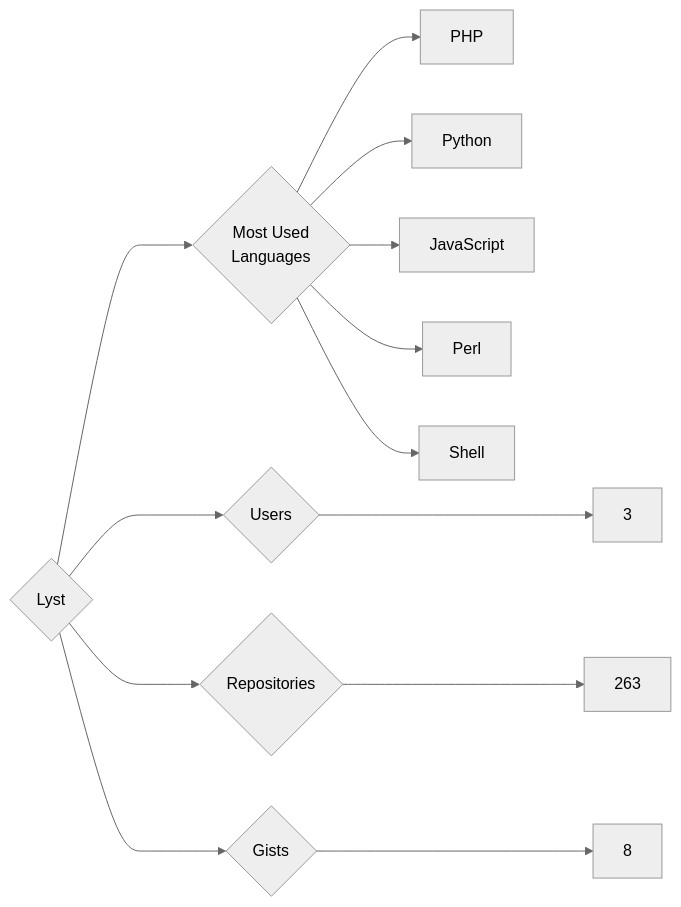
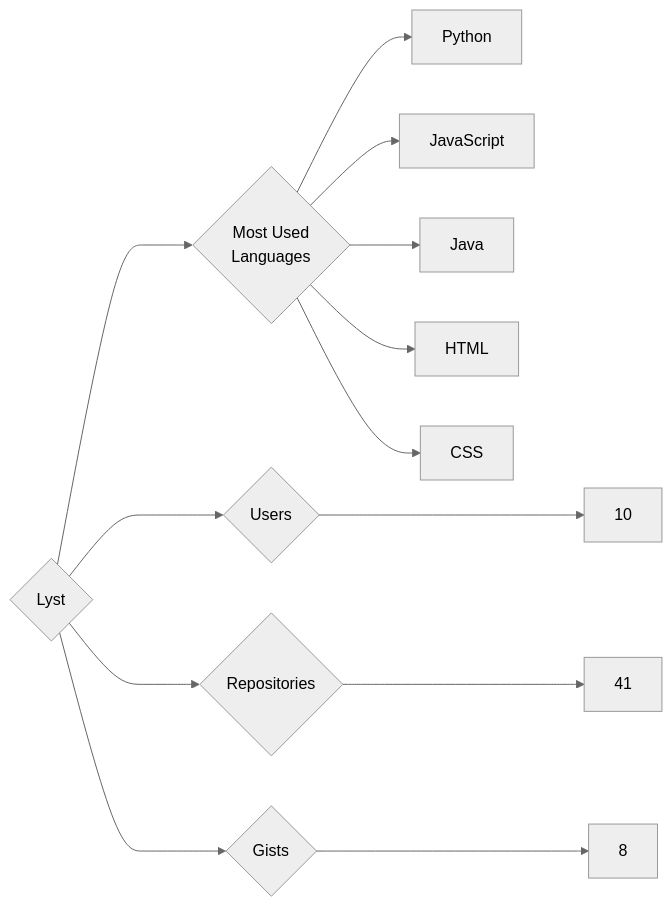
One commit to trickest/insiders changed the diagram in targets/Lyst/README.md. Above: the diagram before and after it, drawn with Mermaid (neutral theme). The commit also changed 874 other files, not shown here.

````diff
--- a/targets/Lyst/README.md
+++ b/targets/Lyst/README.md
@@ -3,13 +3,13 @@
 ```mermaid
 graph LR
 COMPANY_NAME{Lyst}
-COMPANY_NAME ---> U{Users} ---> UN[3]
-COMPANY_NAME ---> R{Repositories} ---> RN[263]
+COMPANY_NAME ---> U{Users} ---> UN[10]
+COMPANY_NAME ---> R{Repositories} ---> RN[41]
 COMPANY_NAME ---> G{Gists} ---> GN[8]
 COMPANY_NAME ---> ML{Most Used<br>Languages}
-ML --> PHP[PHP]
 ML --> Python[Python]
 ML --> JavaScript[JavaScript]
-ML --> Perl[Perl]
-ML --> Shell[Shell]
+ML --> Java[Java]
+ML --> HTML[HTML]
+ML --> CSS[CSS]
 ```
````
